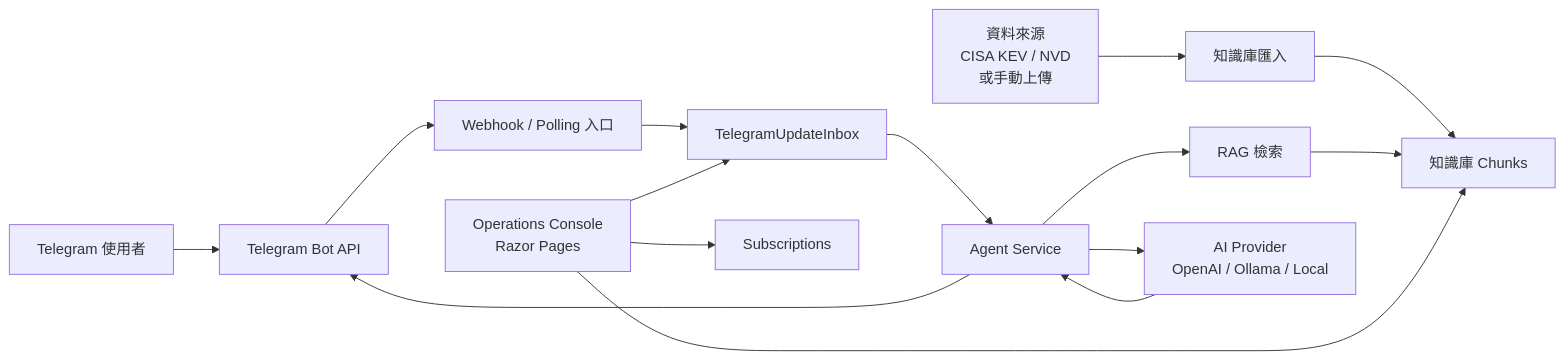
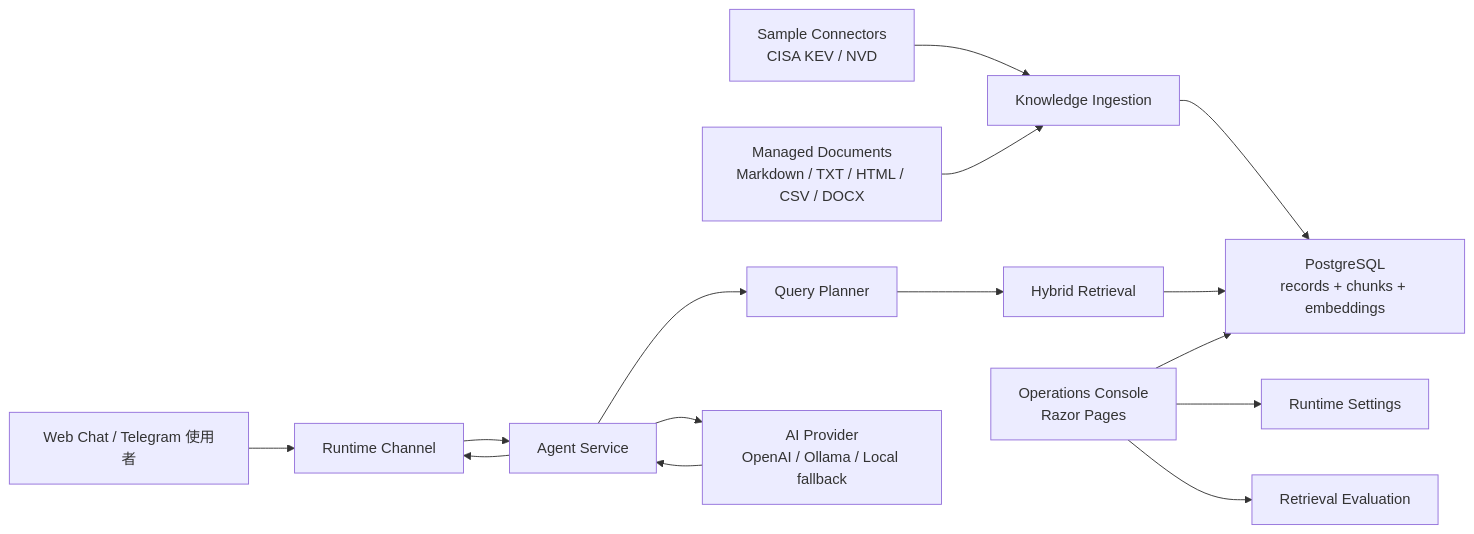
Before and after one commit to Bikerbyte/rag-agent-console: the diagram in README.md, drawn with Mermaid. The commit also changed other lines of this file and 18 other files, not shown here.

````diff
--- a/README.md
+++ b/README.md
@@ -18,21 +39,21 @@
 ```mermaid
 flowchart LR
-    User["Telegram 使用者"] --> Telegram["Telegram Bot API"]
-    Telegram --> Ingress["Webhook / Polling 入口"]
-    Ingress --> Queue["TelegramUpdateInbox"]
-    Queue --> Agent["Agent Service"]
+    User["Web Chat / Telegram 使用者"] --> Runtime["Runtime Channel"]
+    Runtime --> Agent["Agent Service"]
 
-    Agent --> Search["RAG 檢索"]
+    Agent --> Planner["Query Planner"]
+    Planner --> Search["Hybrid Retrieval"]
 
-    Sources["資料來源\nCISA KEV / NVD\n或手動上傳"] --> Ingestion["知識庫匯入"]
-    Ingestion --> Store["知識庫 Chunks"]
+    Connectors["Sample Connectors\nCISA KEV / NVD"] --> Ingestion["Knowledge Ingestion"]
+    Uploads["Managed Documents\nMarkdown / TXT / HTML / CSV / DOCX"] --> Ingestion
+    Ingestion --> Store["PostgreSQL\nrecords + chunks + embeddings"]
 
     Search --> Store
-    Agent --> Model["AI Provider\nOpenAI / Ollama / Local"]
+    Agent --> Model["AI Provider\nOpenAI / Ollama / Local fallback"]
     Model --> Agent
-    Agent --> Telegram
+    Agent --> Runtime
 
     Admin["Operations Console\nRazor Pages"] --> Store
-    Admin --> Subscriptions
-    Admin --> Queue
+    Admin --> Settings["Runtime Settings"]
+    Admin --> Evaluation["Retrieval Evaluation"]
 ```
````
